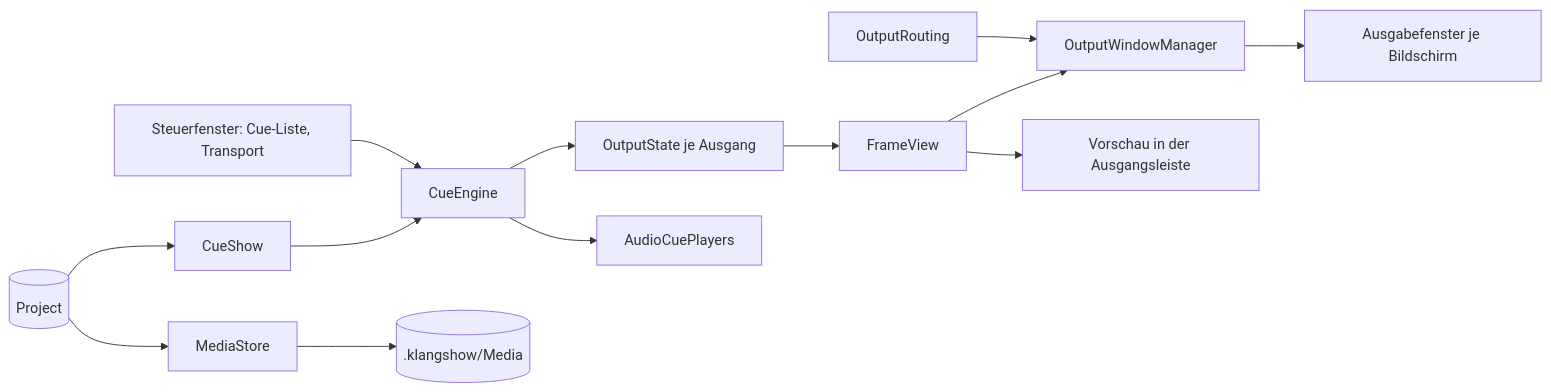
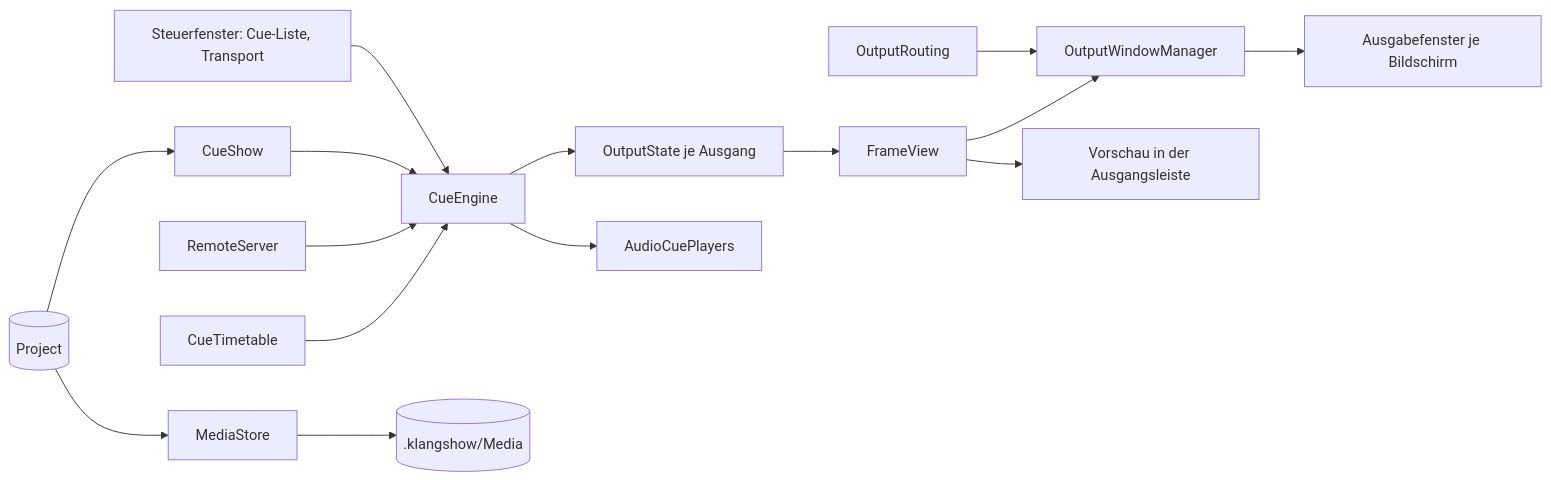
One commit to dp5r2kn9vp-eng/Messe-Player changed the first of 2 diagrams in docs/ARCHITEKTUR.md. Above: the diagram before and after it, drawn with Mermaid. The commit also changed other lines of this file and 9 other files, not shown here.

````diff
--- a/docs/ARCHITEKTUR.md
+++ b/docs/ARCHITEKTUR.md
@@ -15,15 +16,17 @@
 ```mermaid
 flowchart LR
   Control[Steuerfenster: Cue-Liste, Transport] --> Engine[CueEngine]
   Project[(Project)] --> Show[CueShow]
   Show --> Engine
   Engine --> State[OutputState je Ausgang]
   Engine --> Audio[AudioCuePlayers]
+  Remote[RemoteServer] --> Engine
+  Timetable[CueTimetable] --> Engine
   State --> Renderer[FrameView]
   Routing[OutputRouting] --> Windows[OutputWindowManager]
   Renderer --> Windows
   Windows --> Out[Ausgabefenster je Bildschirm]
   Renderer --> Preview[Vorschau in der Ausgangsleiste]
   Project --> Store[MediaStore]
   Store --> Package[(.klangshow/Media)]
 ```
````
